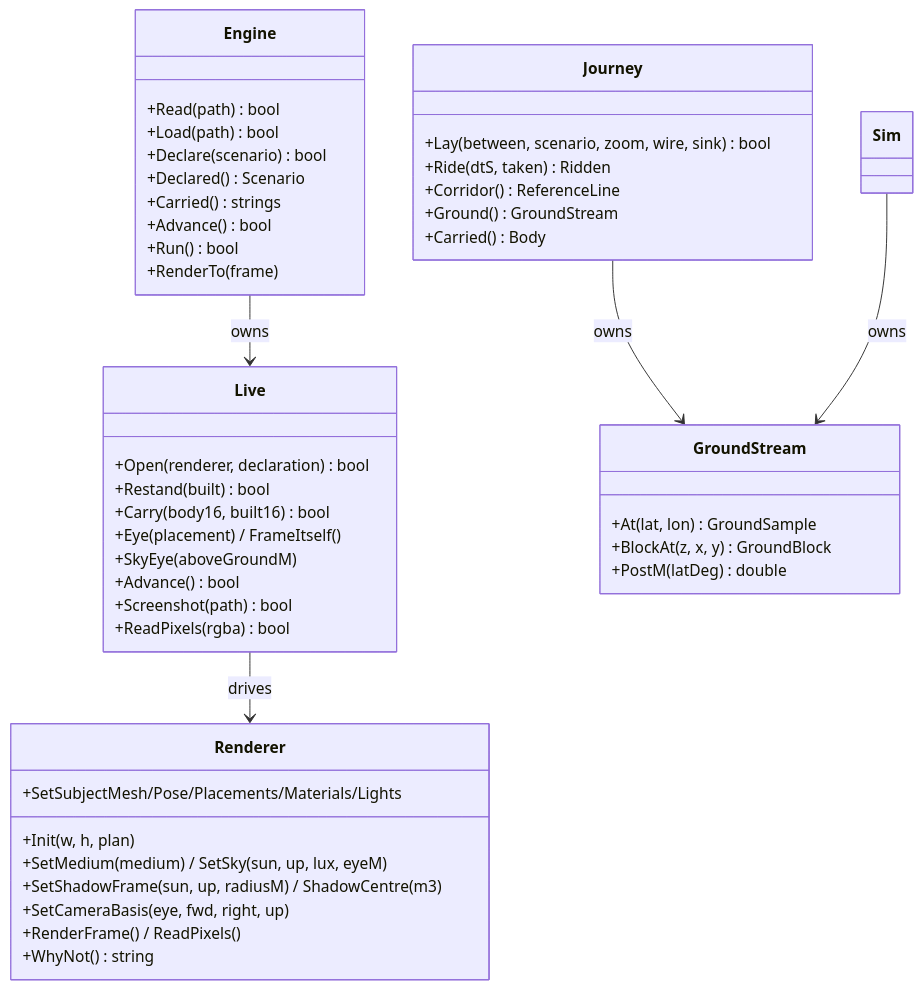
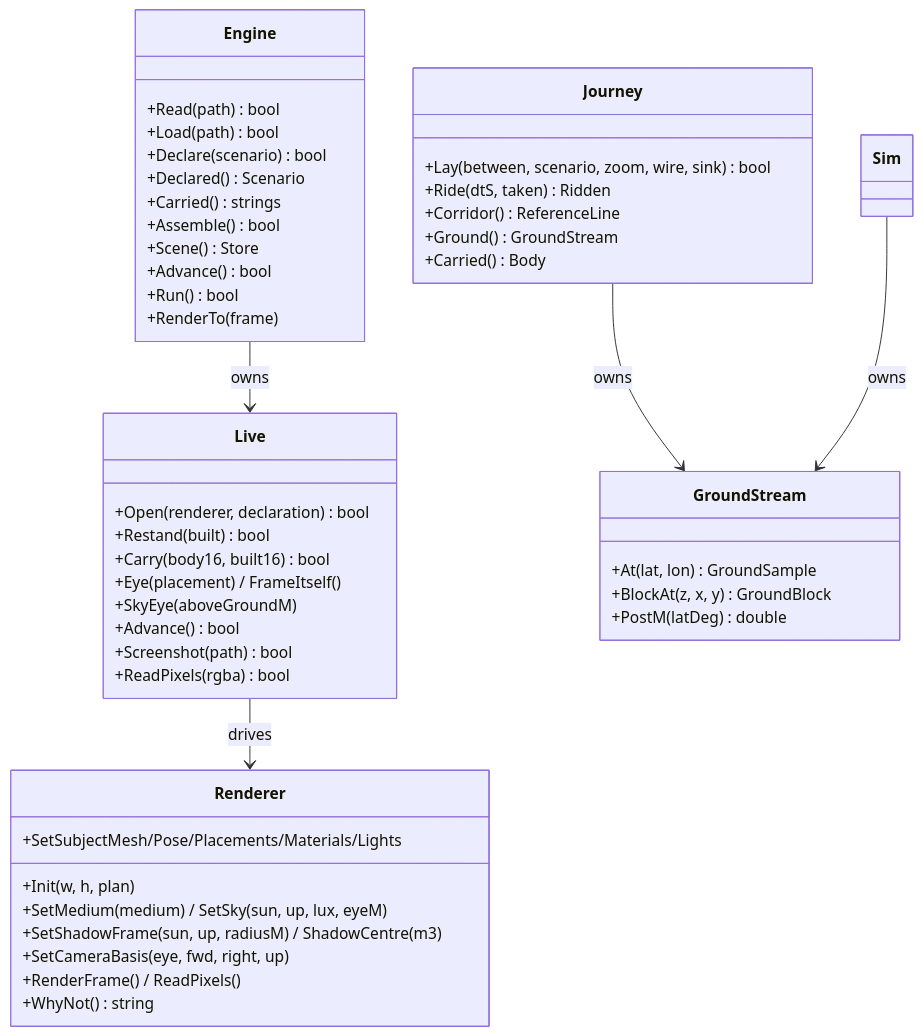
One commit to Weichwolf/outshine changed the eighth of 11 diagrams in CLAUDE.md. Above: the diagram before and after it, drawn with Mermaid. The commit also changed other lines of this file and 7 other files, not shown here.

First line of the commit message:
board:1582 the assembly API has its public entrance, and the engine owns the one graph

````diff
--- a/CLAUDE.md
+++ b/CLAUDE.md
@@ -227,49 +227,51 @@
 ```mermaid
 classDiagram
   direction TB
   class Engine {
     +Read(path) bool
     +Load(path) bool
     +Declare(scenario) bool
     +Declared() Scenario
     +Carried() strings
+    +Assemble() bool
+    +Scene() Store
     +Advance() bool
     +Run() bool
     +RenderTo(frame)
   }
   class Live {
     +Open(renderer, declaration) bool
     +Restand(built) bool
     +Carry(body16, built16) bool
     +Eye(placement) / FrameItself()
     +SkyEye(aboveGroundM)
     +Advance() bool
     +Screenshot(path) bool
     +ReadPixels(rgba) bool
   }
   class Renderer {
     +Init(w, h, plan)
     +SetSubjectMesh/Pose/Placements/Materials/Lights
     +SetMedium(medium) / SetSky(sun, up, lux, eyeM)
     +SetShadowFrame(sun, up, radiusM) / ShadowCentre(m3)
     +SetCameraBasis(eye, fwd, right, up)
     +RenderFrame() / ReadPixels()
     +WhyNot() string
   }
   class GroundStream {
     +At(lat, lon) GroundSample
     +BlockAt(z, x, y) GroundBlock
     +PostM(latDeg) double
   }
   class Journey {
     +Lay(between, scenario, zoom, wire, sink) bool
     +Ride(dtS, taken) Ridden
     +Corridor() ReferenceLine
     +Ground() GroundStream
     +Carried() Body
   }
   Engine --> Live : owns
   Live --> Renderer : drives
   Journey --> GroundStream : owns
   Sim --> GroundStream : owns
 ```
````
